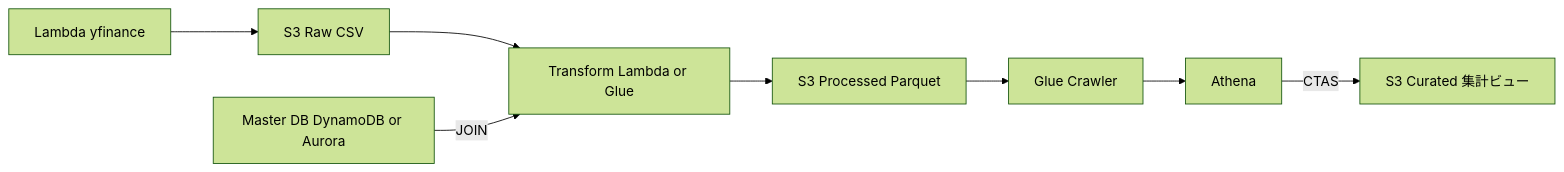
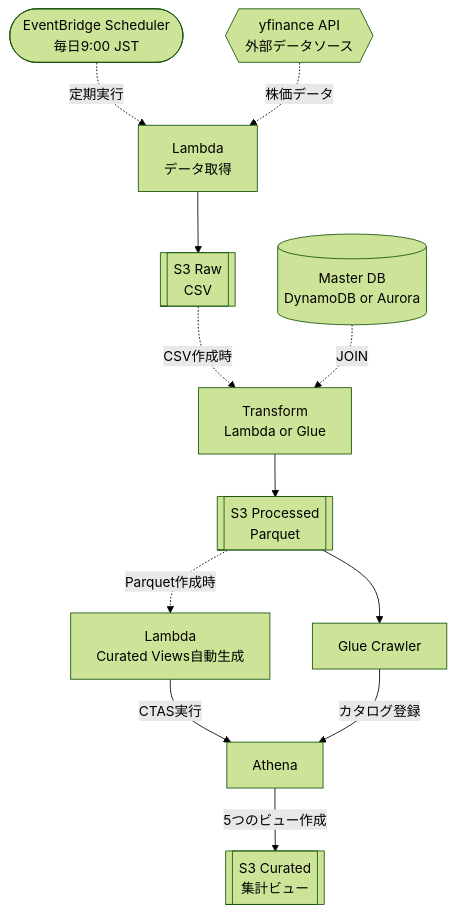
Before and after one commit to yamato-aoki/yfinance_aws_project: the diagram in README.md, drawn with Mermaid (forest theme). The commit also changed other lines of this file and 8 other files, not shown here.

````diff
--- a/README.md
+++ b/README.md
@@ -34,19 +34,26 @@
 ```mermaid
-graph LR
-    Lambda[Lambda yfinance]
-    S3Raw[S3 Raw CSV]
-    Transform[Transform Lambda or Glue]
-    MasterDB[Master DB DynamoDB or Aurora]
-    S3Processed[S3 Processed Parquet]
+graph TD
+    EventBridge([EventBridge Scheduler<br/>毎日9:00 JST])
+    YFinance{{yfinance API<br/>外部データソース}}
+    Lambda[Lambda<br/>データ取得]
+    S3Raw[[S3 Raw<br/>CSV]]
+    Transform[Transform<br/>Lambda or Glue]
+    S3Processed[[S3 Processed<br/>Parquet]]
+    LambdaCurated[Lambda<br/>Curated Views自動生成]
     Crawler[Glue Crawler]
     Athena[Athena]
-    S3Curated[S3 Curated 集計ビュー]
+    S3Curated[[S3 Curated<br/>集計ビュー]]
+    MasterDB[(Master DB<br/>DynamoDB or Aurora)]
 
+    EventBridge -.->|定期実行| Lambda
+    YFinance -.->|株価データ| Lambda
     Lambda --> S3Raw
-    S3Raw --> Transform
-    MasterDB -->|JOIN| Transform
+    S3Raw -.->|CSV作成時| Transform
+    MasterDB -.->|JOIN| Transform
     Transform --> S3Processed
+    S3Processed -.->|Parquet作成時| LambdaCurated
+    LambdaCurated -->|CTAS実行| Athena
+    Athena -->|5つのビュー作成| S3Curated
     S3Processed --> Crawler
-    Crawler --> Athena
-    Athena -->|CTAS| S3Curated
+    Crawler -->|カタログ登録| Athena
 ```
````
